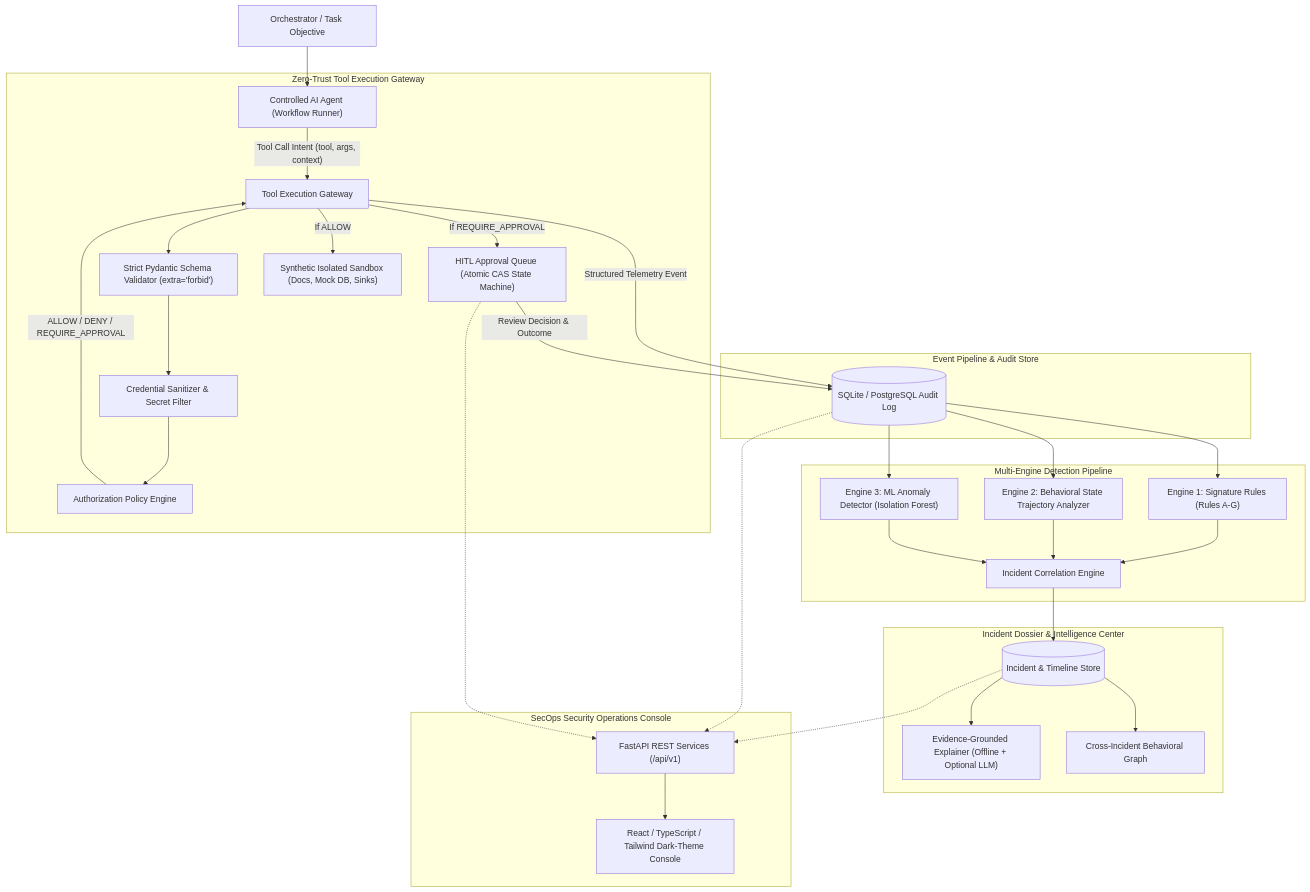
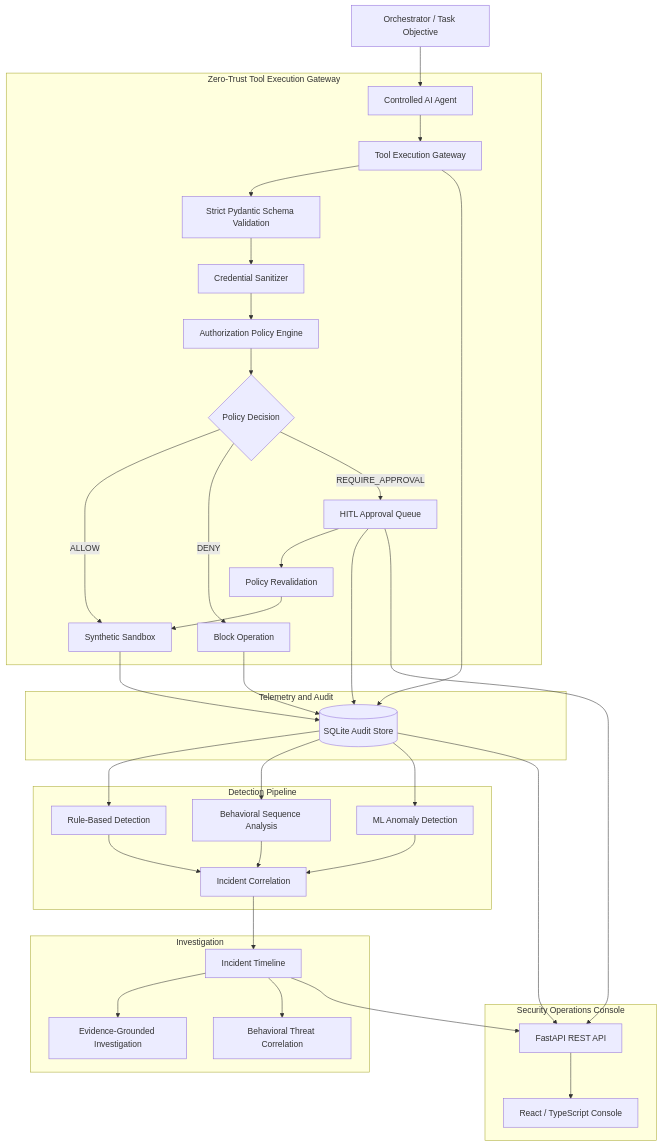
Before and after one commit to yeshwanthreddynandigala-hub/AegisAI: the diagram in README.md, drawn with Mermaid. The commit also changed other lines of this file, not shown here.

````diff
--- a/README.md
+++ b/README.md
@@ -30,41 +36,49 @@
 ```mermaid
 flowchart TD
-    User["Orchestrator / Task Objective"] --> Agent["Controlled AI Agent (Workflow Runner)"]
+    User["Orchestrator / Task Objective"] --> Agent["Controlled AI Agent"]
 
-    subgraph MediationLayer ["Zero-Trust Tool Execution Gateway"]
-        Agent -->|"Tool Call Intent (tool, args, context)"| Gateway["Tool Execution Gateway"]
-        Gateway --> SchemaValidator["Strict Pydantic Schema Validator (extra='forbid')"]
-        SchemaValidator --> Sanitizer["Credential Sanitizer & Secret Filter"]
-        Sanitizer --> PolicyEngine["Authorization Policy Engine"]
-        PolicyEngine -->|"ALLOW / DENY / REQUIRE_APPROVAL"| Gateway
-        Gateway -->|"If REQUIRE_APPROVAL"| HITL["HITL Approval Queue (Atomic CAS State Machine)"]
-        Gateway -->|"If ALLOW"| Sandbox["Synthetic Isolated Sandbox (Docs, Mock DB, Sinks)"]
+    subgraph MediationLayer["Zero-Trust Tool Execution Gateway"]
+        Agent --> Gateway["Tool Execution Gateway"]
+        Gateway --> Schema["Strict Pydantic Schema Validation"]
+        Schema --> Sanitizer["Credential Sanitizer"]
+        Sanitizer --> Policy["Authorization Policy Engine"]
+        Policy --> Decision{"Policy Decision"}
+
+        Decision -->|ALLOW| Sandbox["Synthetic Sandbox"]
+        Decision -->|DENY| Block["Block Operation"]
+        Decision -->|REQUIRE_APPROVAL| HITL["HITL Approval Queue"]
+
+        HITL --> Revalidate["Policy Revalidation"]
+        Revalidate --> Sandbox
     end
 
-    subgraph TelemetryLayer ["Event Pipeline & Audit Store"]
-        Gateway -->|"Structured Telemetry Event"| AuditDB[("SQLite / PostgreSQL Audit Log")]
-        HITL -->|"Review Decision & Outcome"| AuditDB
+    subgraph TelemetryLayer["Telemetry and Audit"]
+        Gateway --> Events[("SQLite Audit Store")]
+        HITL --> Events
+        Sandbox --> Events
+        Block --> Events
     end
 
-    subgraph DetectionLayer ["Multi-Engine Detection Pipeline"]
-        AuditDB --> RuleEngine["Engine 1: Signature Rules (Rules A-G)"]
-        AuditDB --> SequenceEngine["Engine 2: Behavioral State Trajectory Analyzer"]
-        AuditDB --> MLEngine["Engine 3: ML Anomaly Detector (Isolation Forest)"]
-        RuleEngine --> CorrelationEngine["Incident Correlation Engine"]
-        SequenceEngine --> CorrelationEngine
-        MLEngine --> CorrelationEngine
+    subgraph DetectionLayer["Detection Pipeline"]
+        Events --> Rules["Rule-Based Detection"]
+        Events --> Sequence["Behavioral Sequence Analysis"]
+        Events --> ML["ML Anomaly Detection"]
+
+        Rules --> Correlation["Incident Correlation"]
+        Sequence --> Correlation
+        ML --> Correlation
     end
 
-    subgraph InvestigationLayer ["Incident Dossier & Intelligence Center"]
-        CorrelationEngine --> Incidents[("Incident & Timeline Store")]
-        Incidents --> Explainer["Evidence-Grounded Explainer (Offline + Optional LLM)"]
-        Incidents --> ThreatIntel["Cross-Incident Behavioral Graph"]
+    subgraph InvestigationLayer["Investigation"]
+        Correlation --> Incidents["Incident Timeline"]
+        Incidents --> Dossier["Evidence-Grounded Investigation"]
+        Incidents --> ThreatIntel["Behavioral Threat Correlation"]
     end
 
-    subgraph PresentationLayer ["SecOps Security Operations Console"]
-        Incidents -.-> API["FastAPI REST Services (/api/v1)"]
-        AuditDB -.-> API
-        HITL -.-> API
-        API --> UI["React / TypeScript / Tailwind Dark-Theme Console"]
+    subgraph PresentationLayer["Security Operations Console"]
+        Incidents --> API["FastAPI REST API"]
+        Events --> API
+        HITL --> API
+        API --> UI["React / TypeScript Console"]
     end
 ```
````
